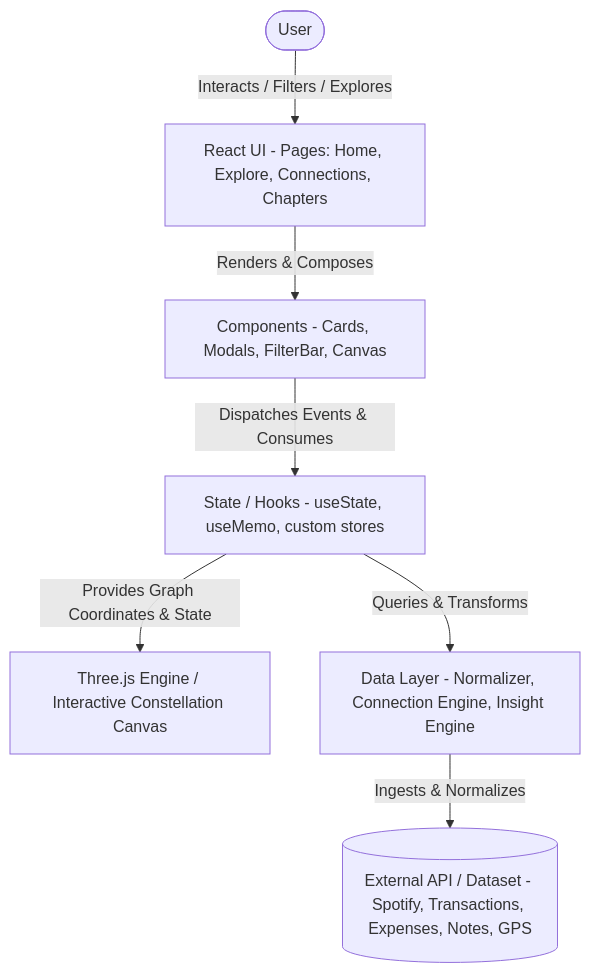
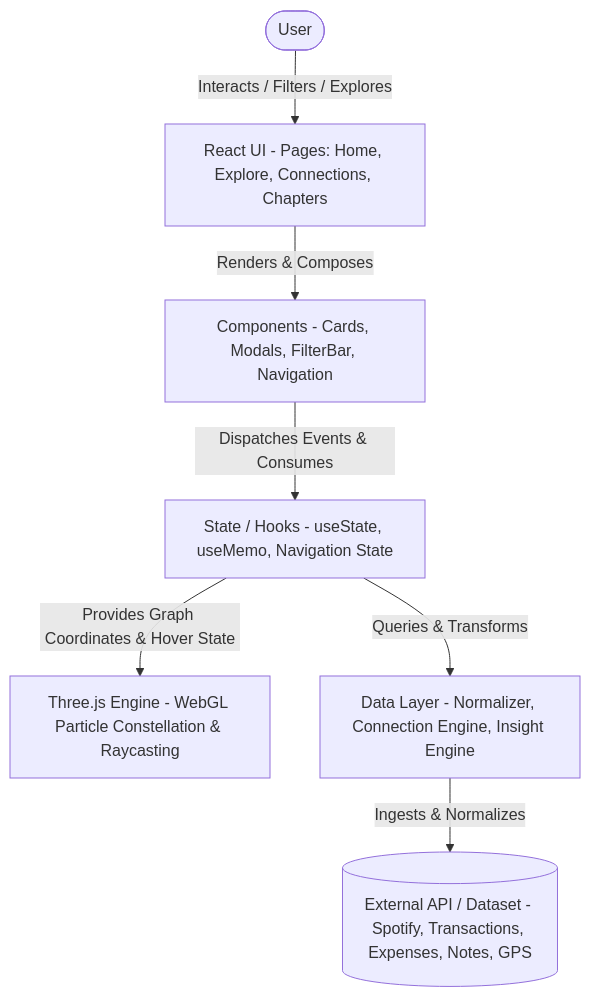
The diagram in README.md (akashkumar6205/FrontendArena), drawn with Mermaid before and after one commit. The commit also changed other lines of this file and 7 other files, not shown here.

````diff
--- a/README.md
+++ b/README.md
@@ -125,17 +133,17 @@
 ```mermaid
 flowchart TD
     U([User])
     UI[React UI - Pages: Home, Explore, Connections, Chapters]
-    COMP[Components - Cards, Modals, FilterBar, Canvas]
-    STATE[State / Hooks - useState, useMemo, custom stores]
-    THREE[Three.js Engine / Interactive Constellation Canvas]
+    COMP[Components - Cards, Modals, FilterBar, Navigation]
+    STATE[State / Hooks - useState, useMemo, Navigation State]
+    THREE[Three.js Engine - WebGL Particle Constellation & Raycasting]
     DATA[Data Layer - Normalizer, Connection Engine, Insight Engine]
     API[(External API / Dataset - Spotify, Transactions, Expenses, Notes, GPS)]
 
     U -->|Interacts / Filters / Explores| UI
     UI -->|Renders & Composes| COMP
     COMP -->|Dispatches Events & Consumes| STATE
-    STATE -->|Provides Graph Coordinates & State| THREE
+    STATE -->|Provides Graph Coordinates & Hover State| THREE
     STATE -->|Queries & Transforms| DATA
     DATA -->|Ingests & Normalizes| API
 ```
````
